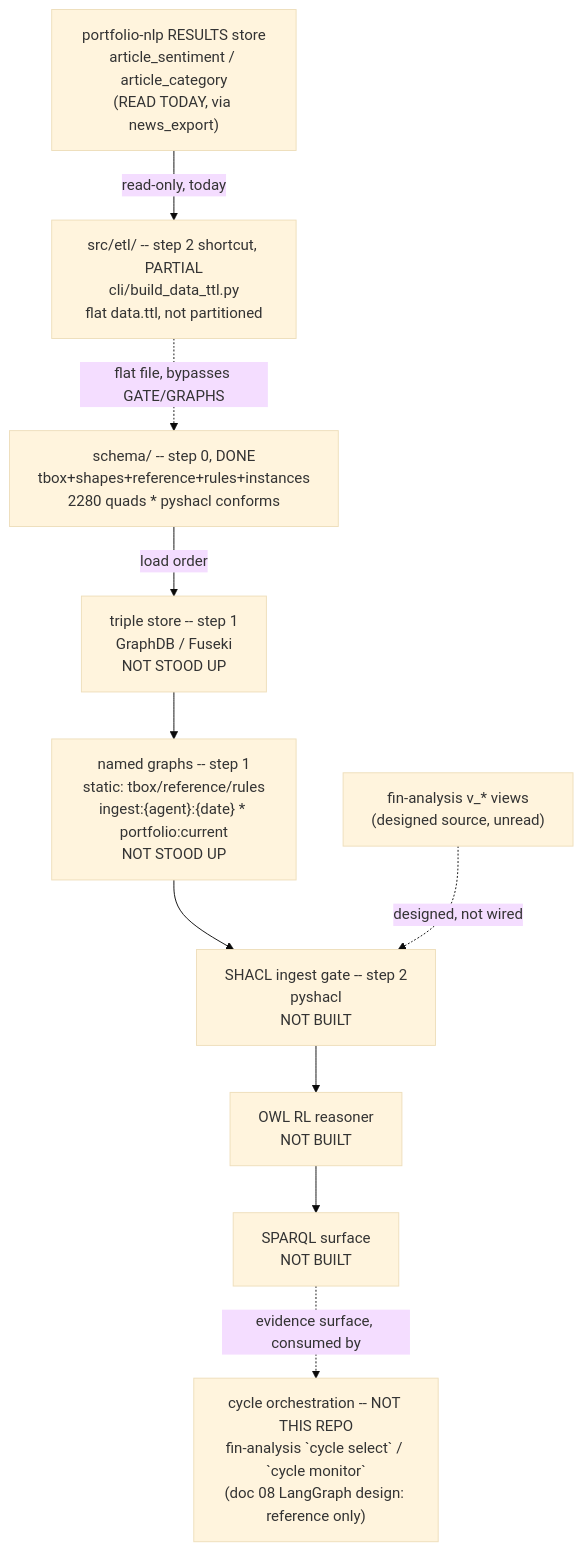
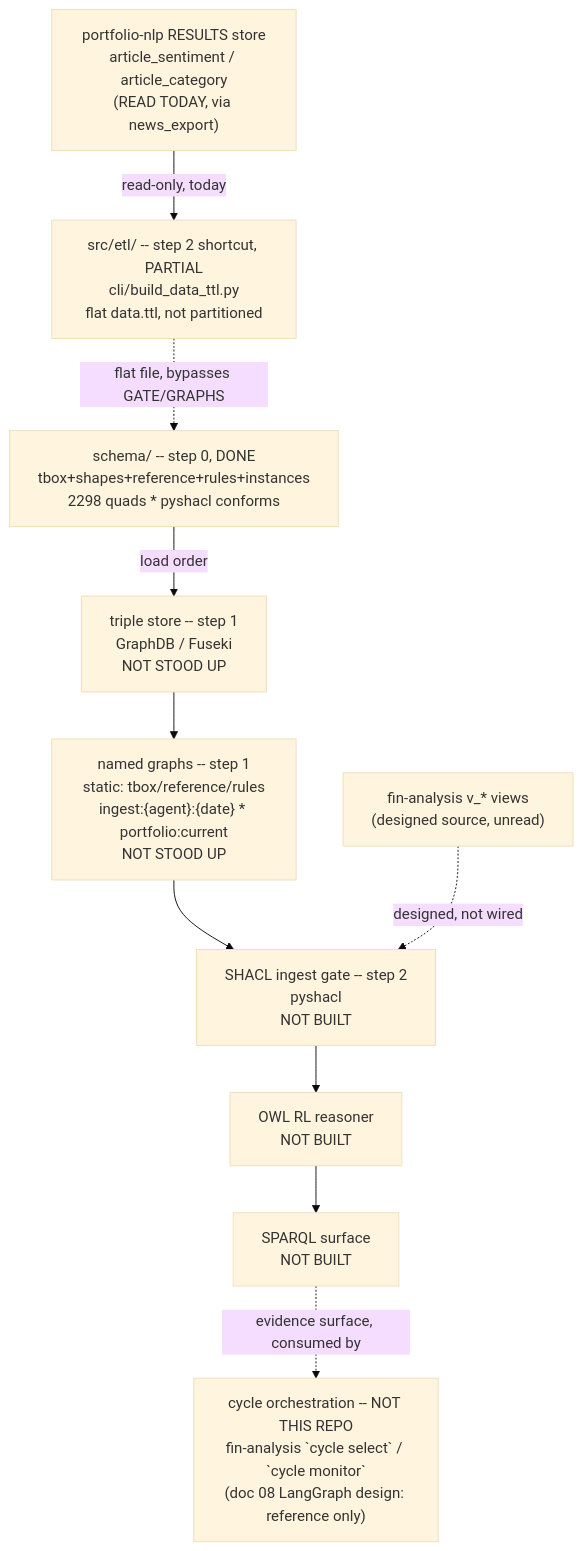
One commit to gamug/portfolio-knowledge-graph changed the diagram in .specify/memory/SPEC.md. Above: the diagram before and after it, drawn with Mermaid (base theme). The commit also changed other lines of this file and 9 other files, not shown here.

Commit message:
fix(schema): address PR #41 review — stable benchmark book IRI, quantUnit, BENCHMARK-only observations, explicit portfolioKind, doc lists

````diff
--- a/.specify/memory/SPEC.md
+++ b/.specify/memory/SPEC.md
@@ -298,20 +298,20 @@
 ```mermaid
 flowchart TB
-    SCHEMA["schema/ -- step 0, DONE<br/>tbox+shapes+reference+rules+instances<br/>2280 quads * pyshacl conforms"]
+    SCHEMA["schema/ -- step 0, DONE<br/>tbox+shapes+reference+rules+instances<br/>2298 quads * pyshacl conforms"]
     STORE["triple store -- step 1<br/>GraphDB / Fuseki<br/>NOT STOOD UP"]
     GRAPHS["named graphs -- step 1<br/>static: tbox/reference/rules<br/>ingest:{agent}:{date} * portfolio:current<br/>NOT STOOD UP"]
     GATE["SHACL ingest gate -- step 2<br/>pyshacl<br/>NOT BUILT"]
     FIN["fin-analysis v_* views<br/>(designed source, unread)"]
     NLPRES["portfolio-nlp RESULTS store<br/>article_sentiment / article_category<br/>(READ TODAY, via news_export)"]
     ETL["src/etl/ -- step 2 shortcut, PARTIAL<br/>cli/build_data_ttl.py<br/>flat data.ttl, not partitioned"]
     REASON["OWL RL reasoner<br/>NOT BUILT"]
     SPARQL["SPARQL surface<br/>NOT BUILT"]
     AGENTS["cycle orchestration -- NOT THIS REPO<br/>fin-analysis `cycle select` / `cycle monitor`<br/>(doc 08 LangGraph design: reference only)"]
 
     SCHEMA -->|load order| STORE --> GRAPHS --> GATE
     FIN -.->|designed, not wired| GATE
     NLPRES -->|read-only, today| ETL
     ETL -.->|flat file, bypasses GATE/GRAPHS| SCHEMA
     GATE --> REASON --> SPARQL
     SPARQL -.->|evidence surface, consumed by| AGENTS
 ```
````
